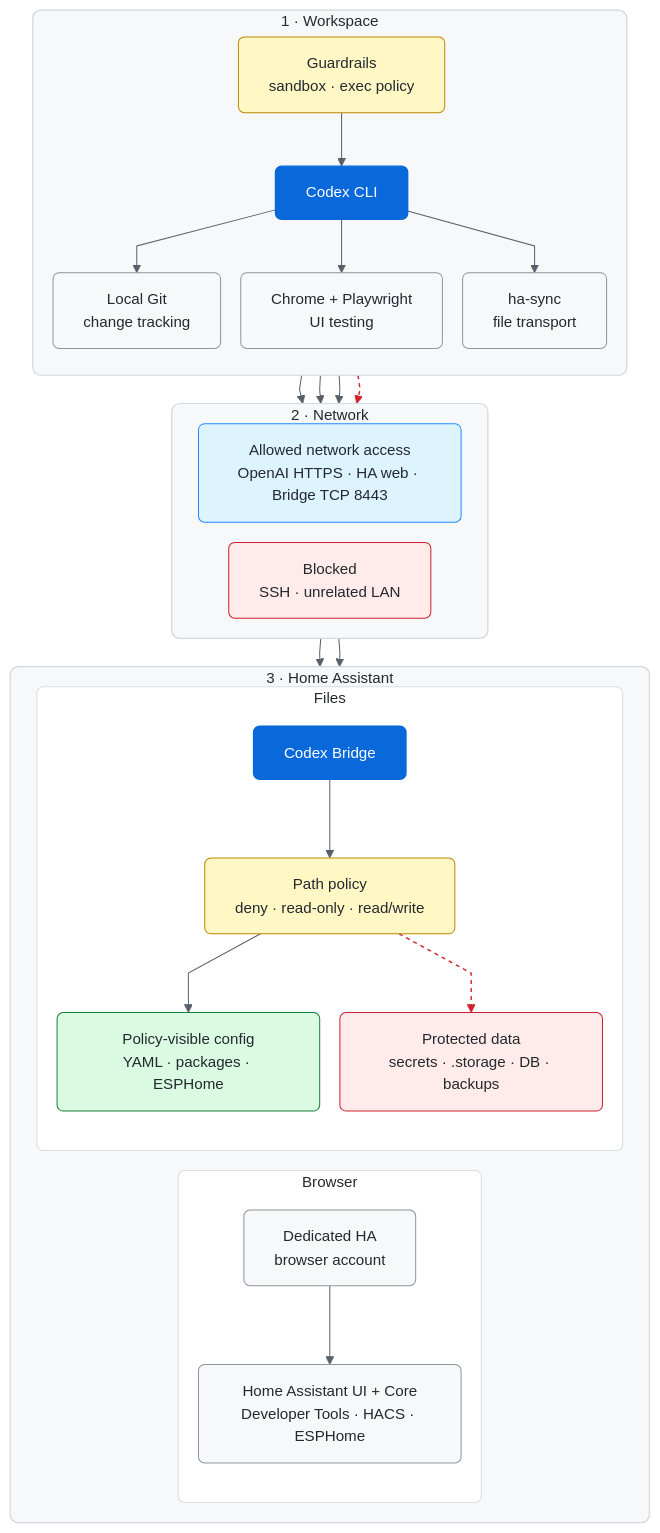
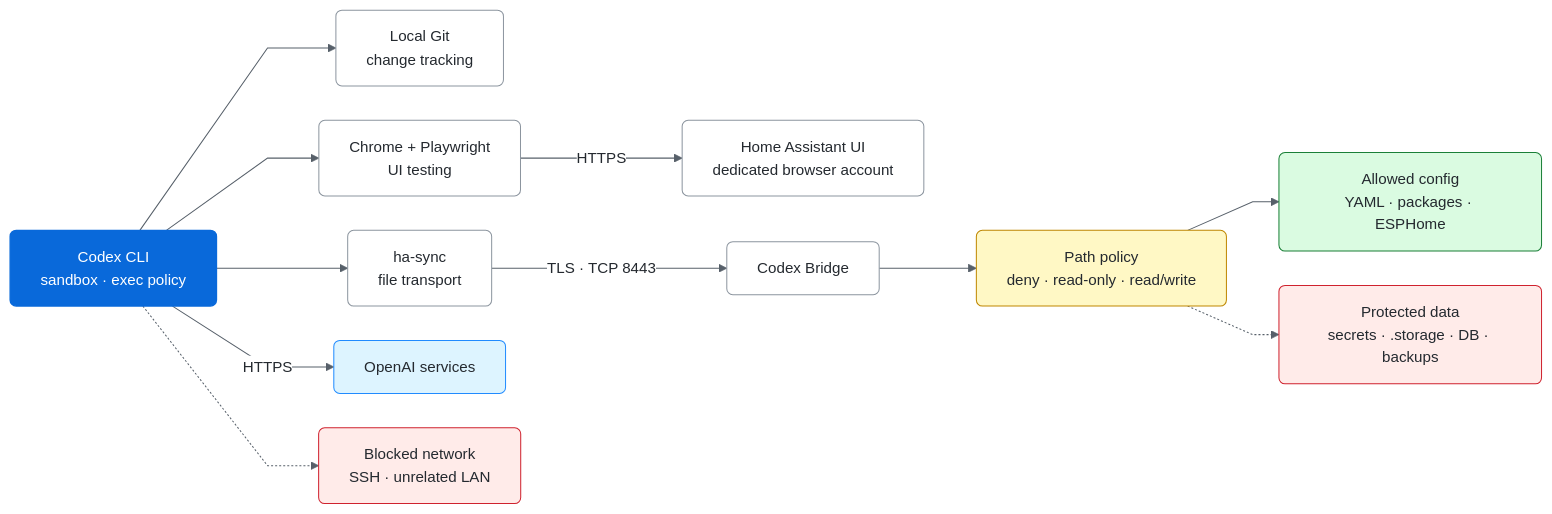
Before and after one commit to DreamMakers2/home-assistant-codex-bridge: the diagram in README.md, drawn with Mermaid.

Commit message:
Rebuild Mermaid architecture from scratch

````diff
--- a/README.md
+++ b/README.md
@@ -39,75 +39,32 @@
 ```mermaid
-%%{init: {"theme":"base","flowchart":{"curve":"linear","htmlLabels":true,"nodeSpacing":20,"rankSpacing":28,"diagramPadding":12},"themeVariables":{"fontFamily":"-apple-system, BlinkMacSystemFont, Segoe UI, Helvetica, Arial, sans-serif","fontSize":"15px","background":"#ffffff","primaryTextColor":"#24292f","secondaryTextColor":"#24292f","tertiaryTextColor":"#24292f","textColor":"#24292f","titleColor":"#24292f","lineColor":"#57606a","clusterBkg":"#f6f8fa","clusterBorder":"#d0d7de","edgeLabelBackground":"#ffffff"},"themeCSS":".cluster-label span{color:#24292f!important;font-weight:700!important}.cluster-label text{fill:#24292f!important;font-weight:700!important}"}}%%
-flowchart TB
-    subgraph VM["1 · Workspace"]
-        direction TB
-        Guard["Guardrails<br/>sandbox · exec policy"]
-        Codex["Codex CLI"]
-        Git["Local Git<br/>change tracking"]
-        Browser["Chrome + Playwright<br/>UI testing"]
-        Sync["ha-sync<br/>file transport"]
+%%{init: {"theme":"base","flowchart":{"curve":"linear","htmlLabels":true,"nodeSpacing":34,"rankSpacing":52,"diagramPadding":16},"themeVariables":{"fontFamily":"-apple-system, BlinkMacSystemFont, Segoe UI, Helvetica, Arial, sans-serif","fontSize":"15px","background":"#ffffff","primaryTextColor":"#24292f","secondaryTextColor":"#24292f","tertiaryTextColor":"#24292f","textColor":"#24292f","lineColor":"#57606a","edgeLabelBackground":"#ffffff"}}}%%
+flowchart LR
+    Codex["Codex CLI<br/>sandbox · exec policy"]
 
-        Guard --> Codex
-        Codex --> Git
-        Codex --> Browser
-        Codex --> Sync
-    end
+    Codex --> Git["Local Git<br/>change tracking"]
+    Codex --> Browser["Chrome + Playwright<br/>UI testing"]
+    Browser -->|"HTTPS"| HAUI["Home Assistant UI<br/>dedicated browser account"]
 
-    subgraph NET["2 · Network"]
-        direction LR
-        AllowedNet["Allowed network access<br/>OpenAI HTTPS · HA web · Bridge TCP 8443"]
-        Blocked["Blocked<br/>SSH · unrelated LAN"]
-    end
+    Codex --> Sync["ha-sync<br/>file transport"]
+    Sync -->|"TLS · TCP 8443"| Bridge["Codex Bridge"]
+    Bridge --> Policy["Path policy<br/>deny · read-only · read/write"]
+    Policy --> Config["Allowed config<br/>YAML · packages · ESPHome"]
+    Policy -.-> Protected["Protected data<br/>secrets · .storage · DB · backups"]
 
-    subgraph HA["3 · Home Assistant"]
-        direction LR
-
-        subgraph UI["Browser"]
-            direction TB
-            Account["Dedicated HA<br/>browser account"]
-            Services["Home Assistant UI + Core<br/>Developer Tools · HACS · ESPHome"]
-            Account --> Services
-        end
-
-        subgraph FS["Files"]
-            direction TB
-            Bridge["Codex Bridge"]
-            Policy["Path policy<br/>deny · read-only · read/write"]
-            Approved["Policy-visible config<br/>YAML · packages · ESPHome"]
-            Protected["Protected data<br/>secrets · .storage · DB · backups"]
-
-            Bridge --> Policy
-            Policy --> Approved
-            Policy -.-> Protected
-        end
-    end
-
-    Codex --> AllowedNet
-    Browser --> AllowedNet
-    Sync --> AllowedNet
-    AllowedNet --> Account
-    AllowedNet --> Bridge
-    Codex -.-> Blocked
+    Codex -->|"HTTPS"| OpenAI["OpenAI services"]
+    Codex -.-> Blocked["Blocked network<br/>SSH · unrelated LAN"]
 
     classDef primary fill:#0969da,stroke:#0969da,color:#ffffff,stroke-width:1.4px,rx:6px,ry:6px;
-    classDef neutral fill:#f6f8fa,stroke:#8c959f,color:#24292f,stroke-width:1px,rx:6px,ry:6px;
+    classDef neutral fill:#ffffff,stroke:#8c959f,color:#24292f,stroke-width:1px,rx:6px,ry:6px;
     classDef control fill:#fff8c5,stroke:#bf8700,color:#24292f,stroke-width:1px,rx:6px,ry:6px;
     classDef allow fill:#dafbe1,stroke:#1a7f37,color:#24292f,stroke-width:1px,rx:6px,ry:6px;
     classDef deny fill:#ffebe9,stroke:#cf222e,color:#24292f,stroke-width:1px,rx:6px,ry:6px;
-    classDef network fill:#ddf4ff,stroke:#218bff,color:#24292f,stroke-width:1px,rx:6px,ry:6px;
+    classDef external fill:#ddf4ff,stroke:#218bff,color:#24292f,stroke-width:1px,rx:6px,ry:6px;
 
-    class Codex,Bridge primary;
-    class Git,Browser,Sync,Account,Services neutral;
-    class Guard,Policy control;
-    class Approved allow;
+    class Codex primary;
+    class Git,Browser,Sync,HAUI,Bridge neutral;
+    class Policy control;
+    class Config allow;
     class Protected,Blocked deny;
-    class AllowedNet network;
-
-    linkStyle 7,13 stroke:#cf222e,stroke-width:1.4px,stroke-dasharray:4 4;
-
-    style VM fill:#f6f8fa,stroke:#d0d7de,stroke-width:1.2px,rx:8px,ry:8px
-    style NET fill:#f6f8fa,stroke:#d0d7de,stroke-width:1.2px,rx:8px,ry:8px
-    style HA fill:#f6f8fa,stroke:#d0d7de,stroke-width:1.2px,rx:8px,ry:8px
-    style FS fill:#ffffff,stroke:#d8dee4,stroke-width:1px,rx:6px,ry:6px
-    style UI fill:#ffffff,stroke:#d8dee4,stroke-width:1px,rx:6px,ry:6px
+    class OpenAI external;
 ```
````
